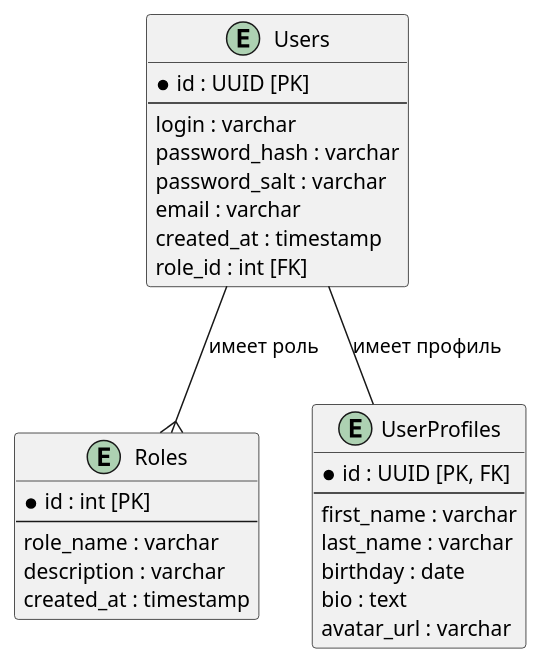
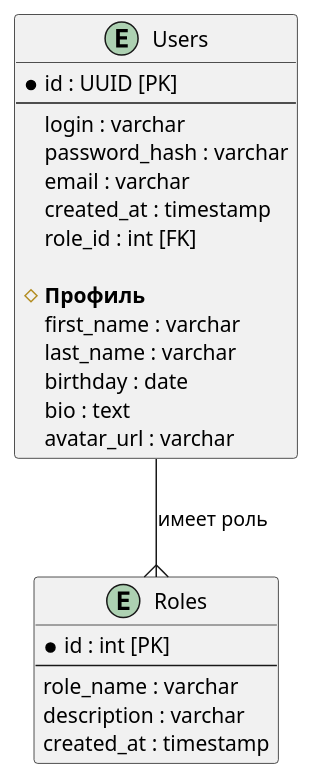
One commit to o1eg0/olegram changed the diagram in docs/user.plantuml. Above: the diagram before and after it, drawn with PlantUML. The commit also changed 29 other files, not shown here.

```diff
--- a/docs/user.plantuml
+++ b/docs/user.plantuml
@@ -1,35 +1,30 @@
 @startuml UsersService_ER
 
 entity Users {
   * id : UUID [PK]
   --
   login : varchar
   password_hash : varchar
-  password_salt : varchar
   email : varchar
   created_at : timestamp
   role_id : int [FK]
+
+  # **Профиль**
+  first_name : varchar
+  last_name : varchar
+  birthday : date
+  bio : text
+  avatar_url : varchar
 }
 
 entity Roles {
   * id : int [PK]
   --
   role_name : varchar
   description : varchar
   created_at : timestamp
 }
 
-entity UserProfiles {
-  * id : UUID [PK, FK]
-  --
-  first_name : varchar
-  last_name : varchar
-  birthday : date
-  bio : text
-  avatar_url : varchar
-}
-
 Users --{ Roles : "имеет роль"
-Users -- UserProfiles : "имеет профиль"
 
 @enduml
```
